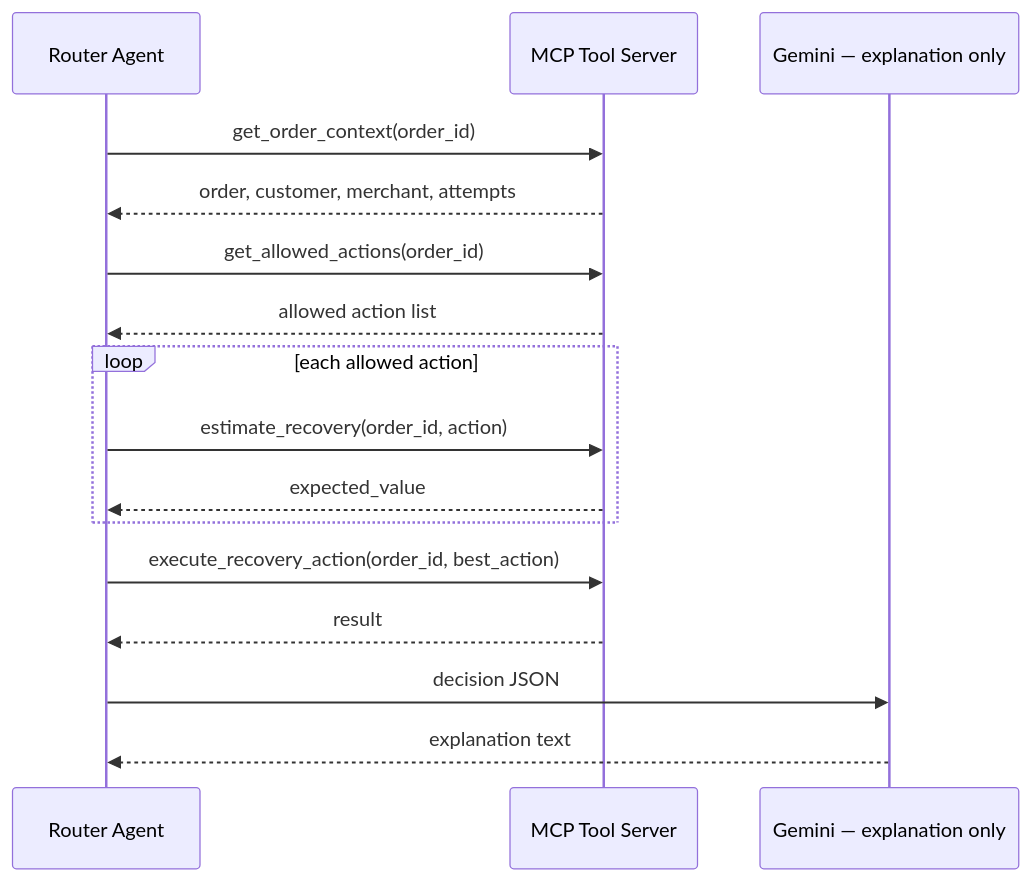
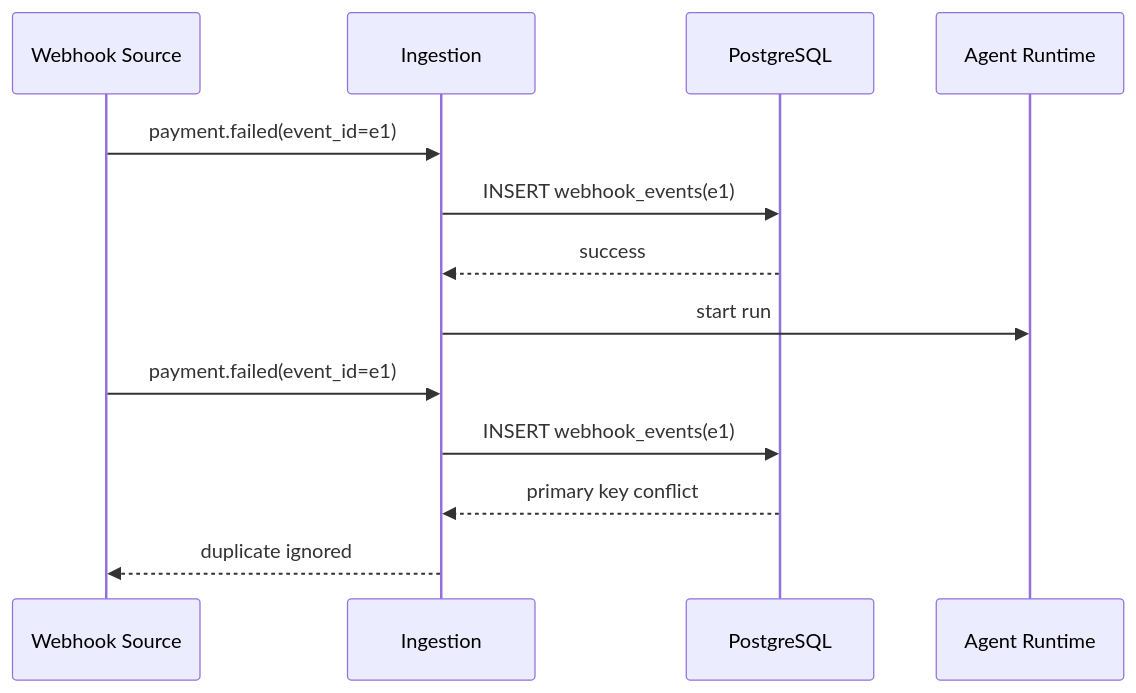
The ninth of 13 diagrams in docs/reclaim-system-design.md (arsh342/reclaim), drawn with Mermaid before and after one commit. The commit also changed other lines of this file and 105 other files, not shown here.

````diff
--- a/docs/reclaim-system-design.md
+++ b/docs/reclaim-system-design.md
@@ -211,19 +355,17 @@
 ```mermaid
 sequenceDiagram
-    participant Router as Router Agent
-    participant MCP as MCP Tool Server
-    participant LLM as Gemini — explanation only
+    participant RZP as Webhook Source
+    participant API as Ingestion
+    participant DB as PostgreSQL
+    participant RT as Agent Runtime
 
-    Router->>MCP: get_order_context(order_id)
-    MCP-->>Router: order, customer, merchant, attempts
-    Router->>MCP: get_allowed_actions(order_id)
-    MCP-->>Router: allowed action list
-    loop each allowed action
-        Router->>MCP: estimate_recovery(order_id, action)
-        MCP-->>Router: expected_value
-    end
-    Router->>MCP: execute_recovery_action(order_id, best_action)
-    MCP-->>Router: result
-    Router->>LLM: decision JSON
-    LLM-->>Router: explanation text
+    RZP->>API: payment.failed(event_id=e1)
+    API->>DB: INSERT webhook_events(e1)
+    DB-->>API: success
+    API->>RT: start run
+
+    RZP->>API: payment.failed(event_id=e1)
+    API->>DB: INSERT webhook_events(e1)
+    DB-->>API: primary key conflict
+    API-->>RZP: duplicate ignored
 ```
````
